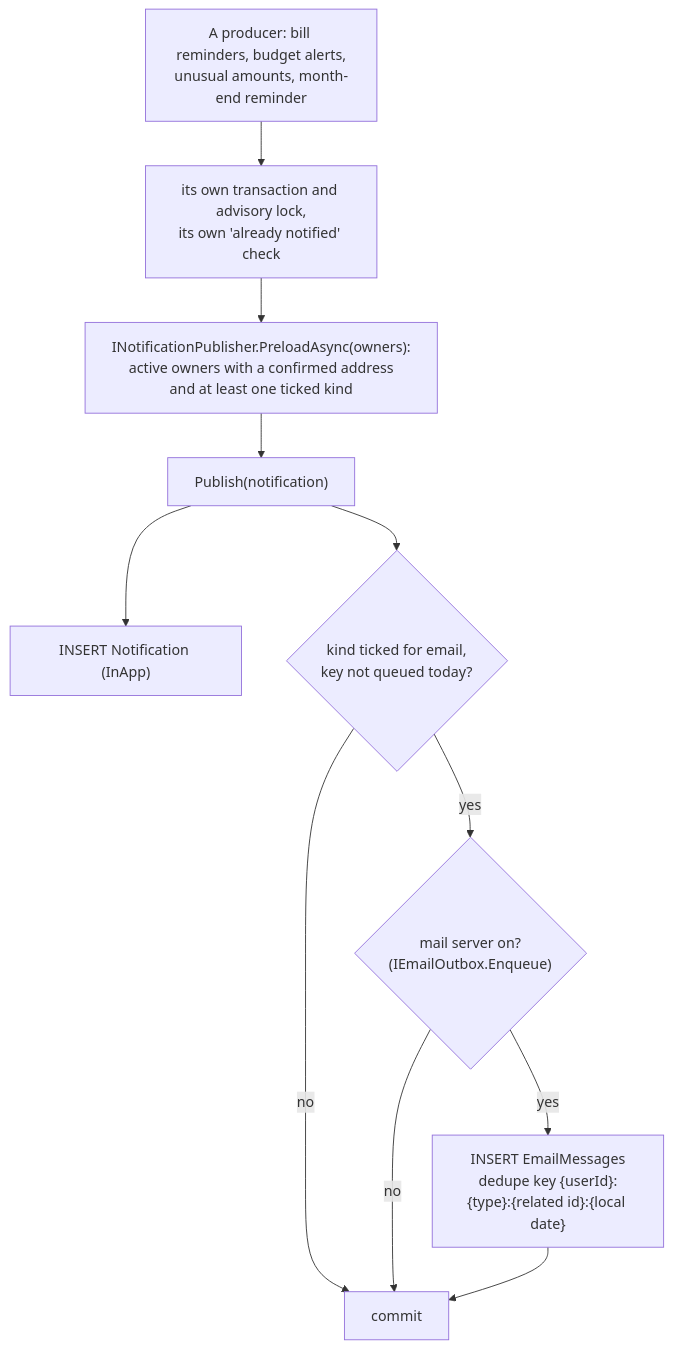
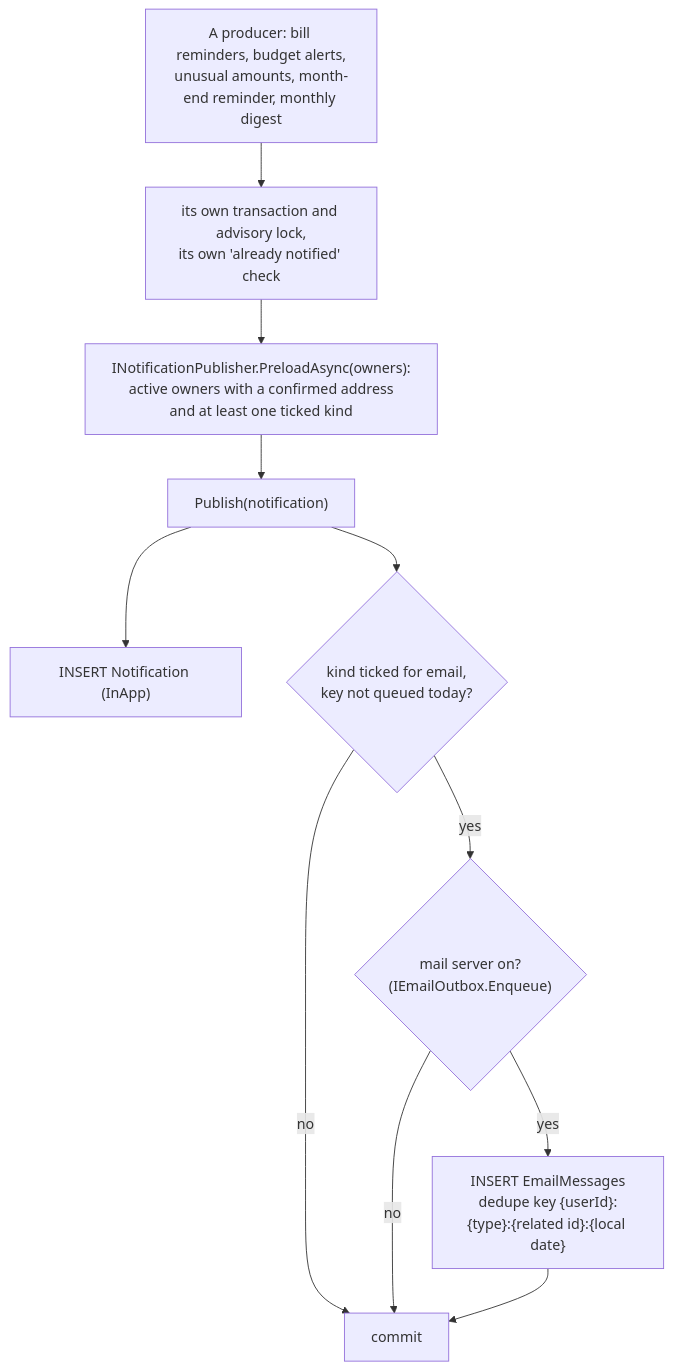
Before and after one commit to Justxs/Jx-Finance: the fourth of 4 diagrams in docs/features/email.md, drawn with Mermaid. The commit also changed other lines of this file and 80 other files, not shown here.

First line of the commit message:
feat(notifications): send a monthly digest by email or Discord

````diff
--- a/docs/features/email.md
+++ b/docs/features/email.md
@@ -145,13 +145,13 @@
 ```mermaid
 flowchart TD
-    Producer["A producer: bill reminders, budget alerts,<br/>unusual amounts, month-end reminder"] --> Lock["its own transaction and advisory lock,<br/>its own 'already notified' check"]
+    Producer["A producer: bill reminders, budget alerts,<br/>unusual amounts, month-end reminder, monthly digest"] --> Lock["its own transaction and advisory lock,<br/>its own 'already notified' check"]
     Lock --> Preload["INotificationPublisher.PreloadAsync(owners):<br/>active owners with a confirmed address<br/>and at least one ticked kind"]
     Preload --> Publish["Publish(notification)"]
     Publish --> Notif["INSERT Notification (InApp)"]
     Publish --> Wants{"kind ticked for email,<br/>key not queued today?"}
     Wants -->|"no"| Done["commit"]
     Wants -->|"yes"| Outbox{"mail server on?<br/>(IEmailOutbox.Enqueue)"}
     Outbox -->|"no"| Done
     Outbox -->|"yes"| Mail["INSERT EmailMessages<br/>dedupe key {userId}:{type}:{related id}:{local date}"]
     Mail --> Done
 ```
````
